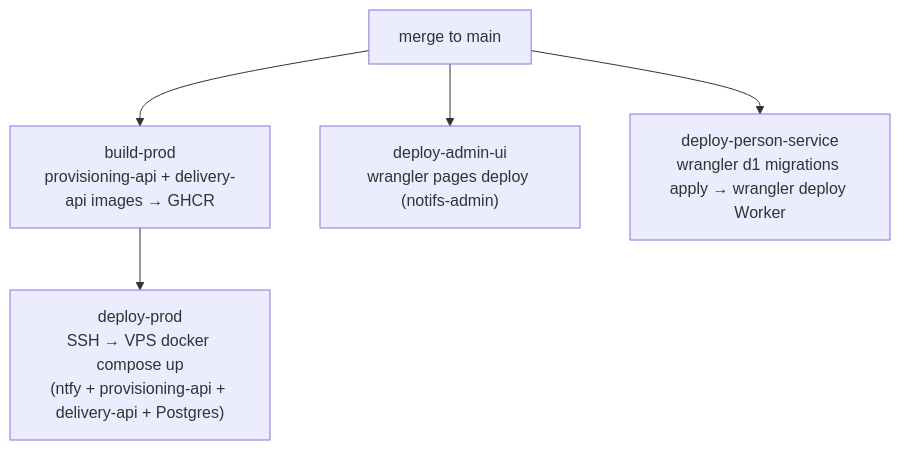
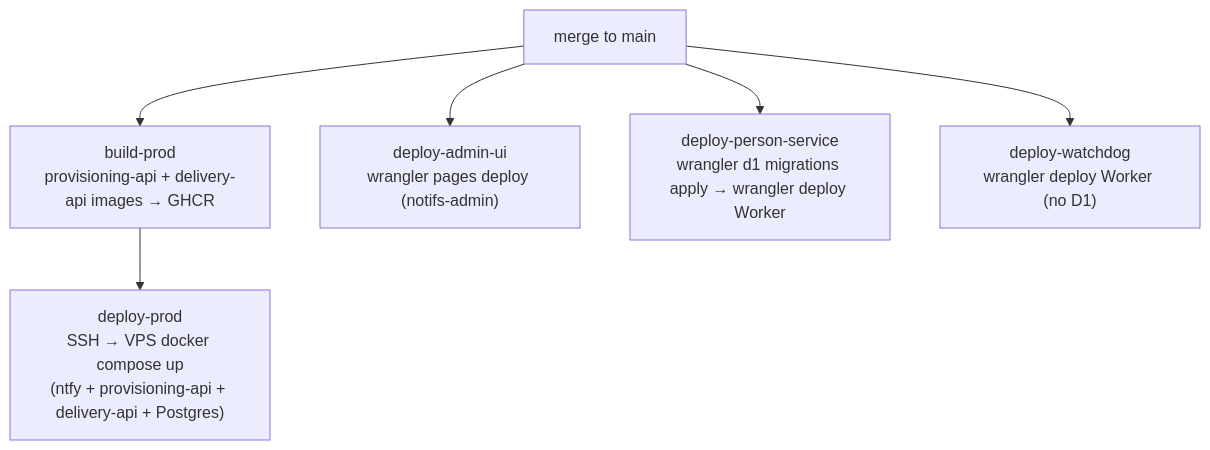
Before and after one commit to 4IRL/4irl-notifs: the fourth of 4 diagrams in ARCHITECTURE.md, drawn with Mermaid. The commit also changed other lines of this file and 3 other files, not shown here.

````diff
--- a/ARCHITECTURE.md
+++ b/ARCHITECTURE.md
@@ -413,7 +435,8 @@
 ```mermaid
 graph TD
   M["merge to main"] --> B["build-prod<br/>provisioning-api + delivery-api images → GHCR"]
   B --> D1J["deploy-prod<br/>SSH → VPS docker compose up<br/>(ntfy + provisioning-api + delivery-api + Postgres)"]
   M --> D2["deploy-admin-ui<br/>wrangler pages deploy (notifs-admin)"]
   M --> D3["deploy-person-service<br/>wrangler d1 migrations apply → wrangler deploy Worker"]
+  M --> D4["deploy-watchdog<br/>wrangler deploy Worker (no D1)"]
 ```
````
